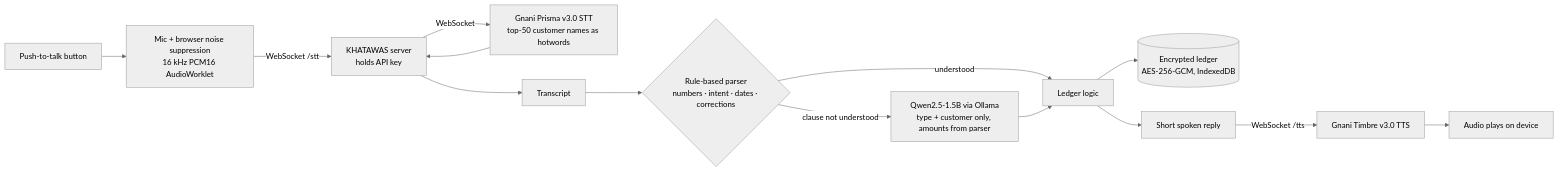
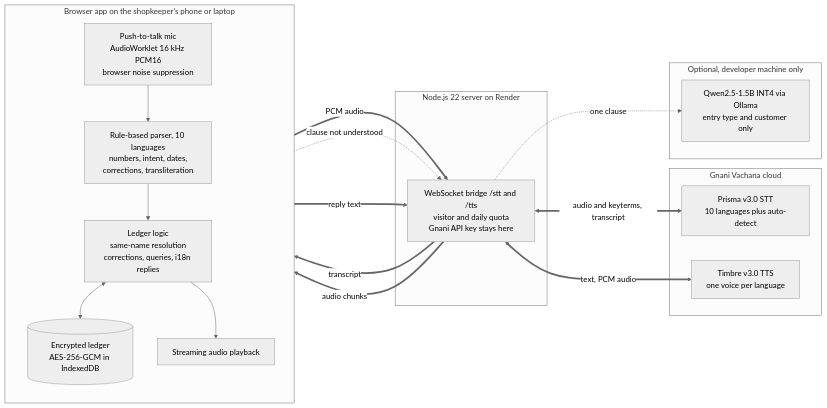
The first of 3 diagrams in README.md (TheShreyanshiDwivedi/khatawas), drawn with Mermaid (neutral theme) before and after one commit. The commit also changed other lines of this file and 8 other files, not shown here.

First line of the commit message:
Fix 12 bugs found by stress-testing confusing sentences; add architecture diagrams

````diff
--- a/README.md
+++ b/README.md
@@ -58,13 +58,32 @@
 ```mermaid
 flowchart LR
-  A[Push-to-talk button] --> B[Mic + browser noise suppression<br/>16 kHz PCM16 AudioWorklet]
-  B -->|WebSocket /stt| S[KHATAWAS server<br/>holds API key]
-  S -->|WebSocket| P[Gnani Prisma v3.0 STT<br/>top-50 customer names as hotwords]
-  P --> S --> T[Transcript]
-  T --> R{Rule-based parser<br/>numbers · intent · dates · corrections}
-  R -- understood --> L[Ledger logic]
-  R -- clause not understood --> Q[Qwen2.5-1.5B via Ollama<br/>type + customer only, amounts from parser] --> L
-  L --> E[(Encrypted ledger<br/>AES-256-GCM, IndexedDB)]
-  L --> V[Short spoken reply]
-  V -->|WebSocket /tts| S2[Gnani Timbre v3.0 TTS] --> O[Audio plays on device]
+  subgraph Device["Browser app on the shopkeeper's phone or laptop"]
+    direction TB
+    MIC["Push-to-talk mic<br/>AudioWorklet 16 kHz PCM16<br/>browser noise suppression"]
+    NLU["Rule-based parser, 10 languages<br/>numbers, intent, dates,<br/>corrections, transliteration"]
+    LED["Ledger logic<br/>same-name resolution<br/>corrections, queries, i18n replies"]
+    DB[("Encrypted ledger<br/>AES-256-GCM in IndexedDB")]
+    PLAY["Streaming audio playback"]
+    MIC --> NLU --> LED
+    LED <--> DB
+    LED --> PLAY
+  end
+  subgraph Server["Node.js 22 server on Render"]
+    GATE["WebSocket bridge /stt and /tts<br/>visitor and daily quota<br/>Gnani API key stays here"]
+  end
+  subgraph Gnani["Gnani Vachana cloud"]
+    STT["Prisma v3.0 STT<br/>10 languages plus auto-detect"]
+    TTS["Timbre v3.0 TTS<br/>one voice per language"]
+  end
+  subgraph Local["Optional, developer machine only"]
+    QW["Qwen2.5-1.5B INT4 via Ollama<br/>entry type and customer only"]
+  end
+  MIC ==>|PCM audio| GATE
+  GATE <==>|audio and keyterms, transcript| STT
+  GATE ==>|transcript| NLU
+  NLU -. clause not understood .-> GATE
+  GATE -. one clause .-> QW
+  LED ==>|reply text| GATE
+  GATE <==>|text, PCM audio| TTS
+  GATE ==>|audio chunks| PLAY
 ```
````
